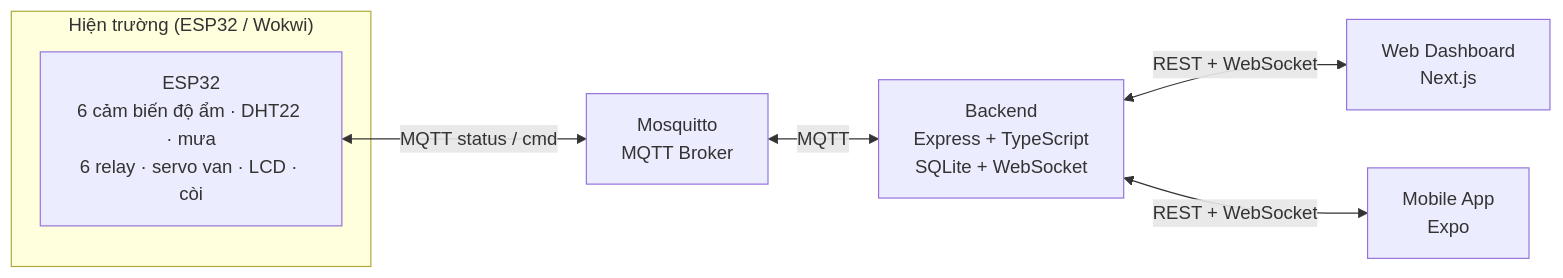
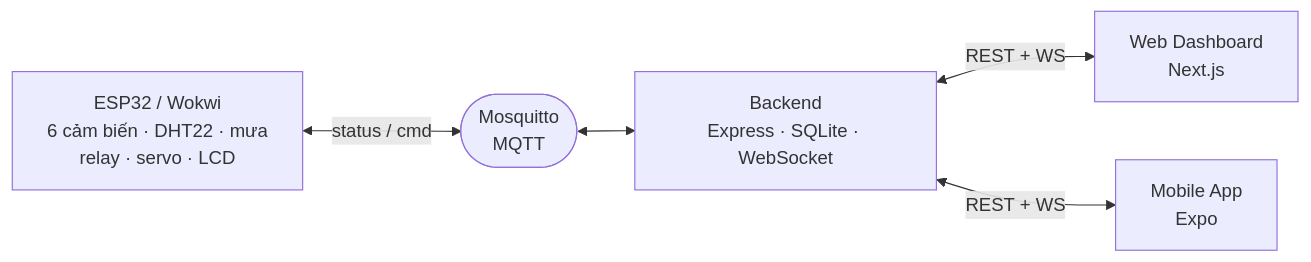
Before and after one commit to trieuhoang1212/Smart-Irrigation-System-IoT: the diagram in README.md, drawn with Mermaid. The commit also changed other lines of this file, not shown here.

````diff
--- a/README.md
+++ b/README.md
@@ -59,15 +59,13 @@
 ```mermaid
 flowchart LR
-    subgraph Field["Hiện trường (ESP32 / Wokwi)"]
-        ESP["ESP32<br/>6 cảm biến độ ẩm · DHT22 · mưa<br/>6 relay · servo van · LCD · còi"]
-    end
-    MQTT["Mosquitto<br/>MQTT Broker"]
-    API["Backend<br/>Express + TypeScript<br/>SQLite + WebSocket"]
+    ESP["ESP32 / Wokwi<br/>6 cảm biến · DHT22 · mưa<br/>relay · servo · LCD"]
+    MQTT(["Mosquitto<br/>MQTT"])
+    API["Backend<br/>Express · SQLite · WebSocket"]
     WEB["Web Dashboard<br/>Next.js"]
-    MOBILE["Mobile App<br/>Expo"]
+    APP["Mobile App<br/>Expo"]
 
-    ESP <-->|"MQTT status / cmd"| MQTT
-    MQTT <-->|"MQTT"| API
-    API <-->|"REST + WebSocket"| WEB
-    API <-->|"REST + WebSocket"| MOBILE
+    ESP <-->|"status / cmd"| MQTT
+    MQTT <--> API
+    API <-->|"REST + WS"| WEB
+    API <-->|"REST + WS"| APP
 ```
````
